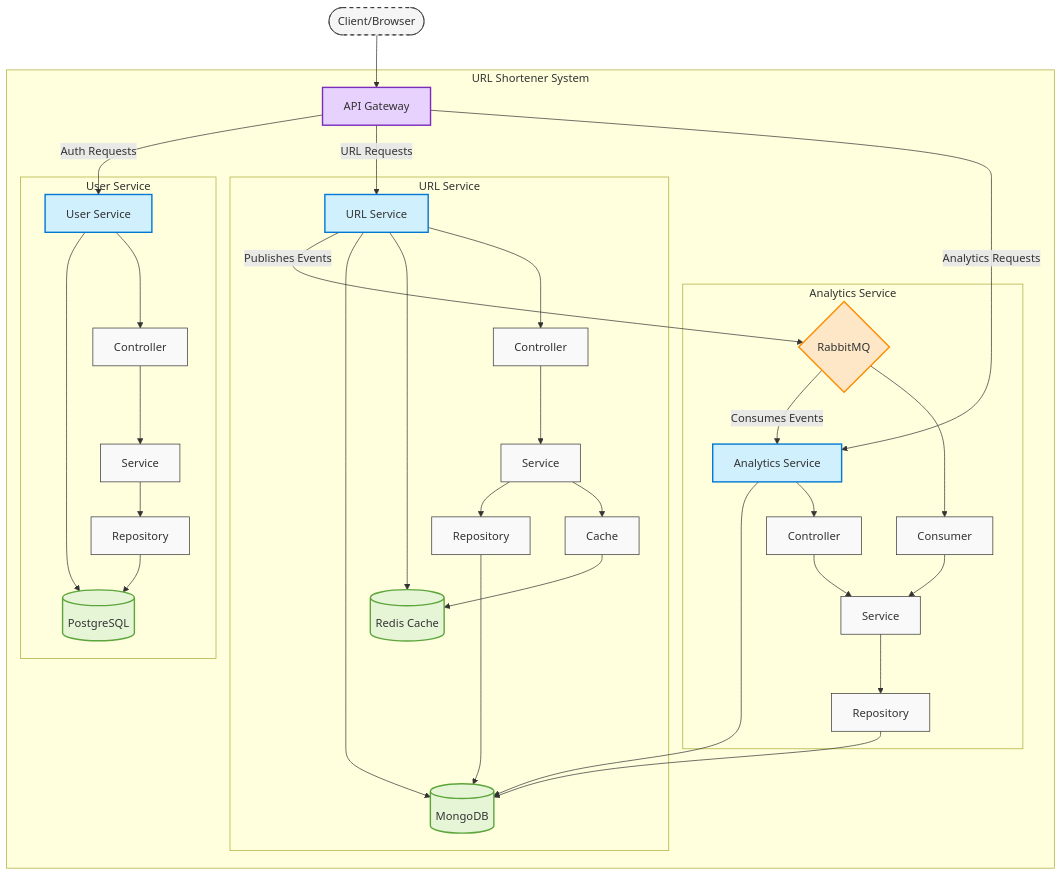
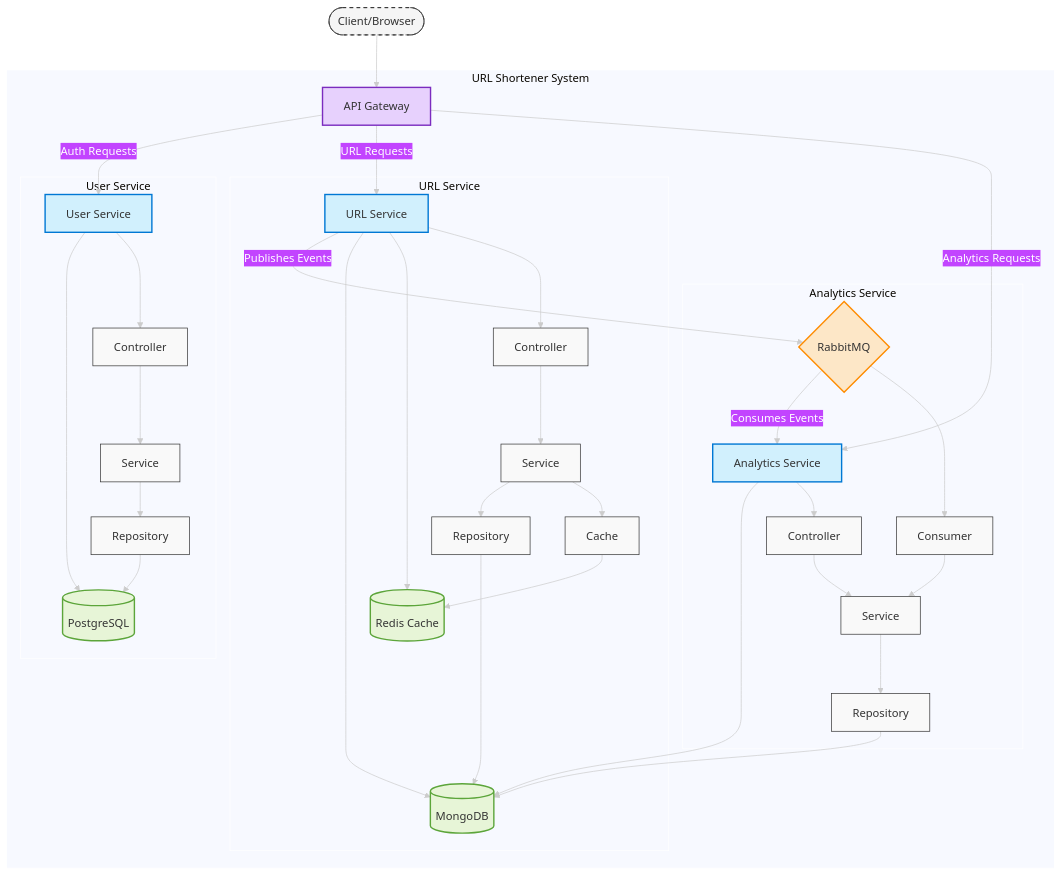
One commit to huseynovvusal/url-shortener-microservices changed the diagram in README.md. Above: the diagram before and after it, drawn with Mermaid.

Commit message:
fix: update mermaid diagram styles for better visibility in light and dark modes

````diff
--- a/README.md
+++ b/README.md
@@ -19,58 +19,60 @@
 ```mermaid
+%%{init: {'theme': 'base', 'themeVariables': { 'darkMode': true, 'background': '#333', 'primaryTextColor': '#fff' }}}%%
 graph TD
     Client([Client/Browser]) --> Gateway[API Gateway]
 
     subgraph "URL Shortener System"
         Gateway --> |Auth Requests| UserService[User Service]
         Gateway --> |URL Requests| URLService[URL Service]
         Gateway --> |Analytics Requests| AnalyticsService[Analytics Service]
 
         URLService --> |Publishes Events| RabbitMQ{RabbitMQ}
         RabbitMQ --> |Consumes Events| AnalyticsService
 
         URLService --> MongoDB[(MongoDB)]
         URLService --> Redis[(Redis Cache)]
         UserService --> PostgreSQL[(PostgreSQL)]
         AnalyticsService --> MongoDB
 
         subgraph "User Service"
             UserService --> UserController[Controller]
             UserController --> UserService_Service[Service]
             UserService_Service --> UserRepository[Repository]
             UserRepository --> PostgreSQL
         end
 
         subgraph "URL Service"
             URLService --> URLController[Controller]
             URLController --> URLService_Service[Service]
             URLService_Service --> URLRepository[Repository]
             URLRepository --> MongoDB
             URLService_Service --> URLCache[Cache]
             URLCache --> Redis
         end
 
         subgraph "Analytics Service"
             AnalyticsService --> AnalyticsController[Controller]
             AnalyticsController --> AnalyticsService_Service[Service]
             AnalyticsService_Service --> AnalyticsRepository[Repository]
             AnalyticsRepository --> MongoDB
             RabbitMQ --> AnalyticsConsumer[Consumer]
             AnalyticsConsumer --> AnalyticsService_Service
         end
     end
 
     class Client,Gateway,UserService,URLService,AnalyticsService,RabbitMQ,MongoDB,Redis,PostgreSQL,UserController,UserService_Service,UserRepository,URLController,URLService_Service,URLRepository,URLCache,AnalyticsController,AnalyticsService_Service,AnalyticsRepository,AnalyticsConsumer nodeStyle
 
-    classDef nodeStyle fill:#f9f9f9,stroke:#333,stroke-width:1px
-    classDef microservice fill:#d1f0fd,stroke:#0078d4,stroke-width:2px
-    classDef database fill:#e7f5d7,stroke:#5ca53a,stroke-width:2px
-    classDef messagebroker fill:#fde7c7,stroke:#ff8c00,stroke-width:2px
-    classDef gateway fill:#e7d1fd,stroke:#7b2cbf,stroke-width:2px
-    classDef client fill:#f5f5f5,stroke:#333,stroke-width:1px,stroke-dasharray: 5 5
+    %% Styles that work in both light and dark modes
+    classDef nodeStyle fill:#f9f9f9,stroke:#333,stroke-width:1px,color:#333
+    classDef microservice fill:#d1f0fd,stroke:#0078d4,stroke-width:2px,color:#333
+    classDef database fill:#e7f5d7,stroke:#5ca53a,stroke-width:2px,color:#333
+    classDef messagebroker fill:#fde7c7,stroke:#ff8c00,stroke-width:2px,color:#333
+    classDef gateway fill:#e7d1fd,stroke:#7b2cbf,stroke-width:2px,color:#333
+    classDef client fill:#f5f5f5,stroke:#333,stroke-width:1px,stroke-dasharray: 5 5,color:#333
 
     class UserService,URLService,AnalyticsService microservice
     class MongoDB,PostgreSQL,Redis database
     class RabbitMQ messagebroker
     class Gateway gateway
     class Client client
 ```
````
